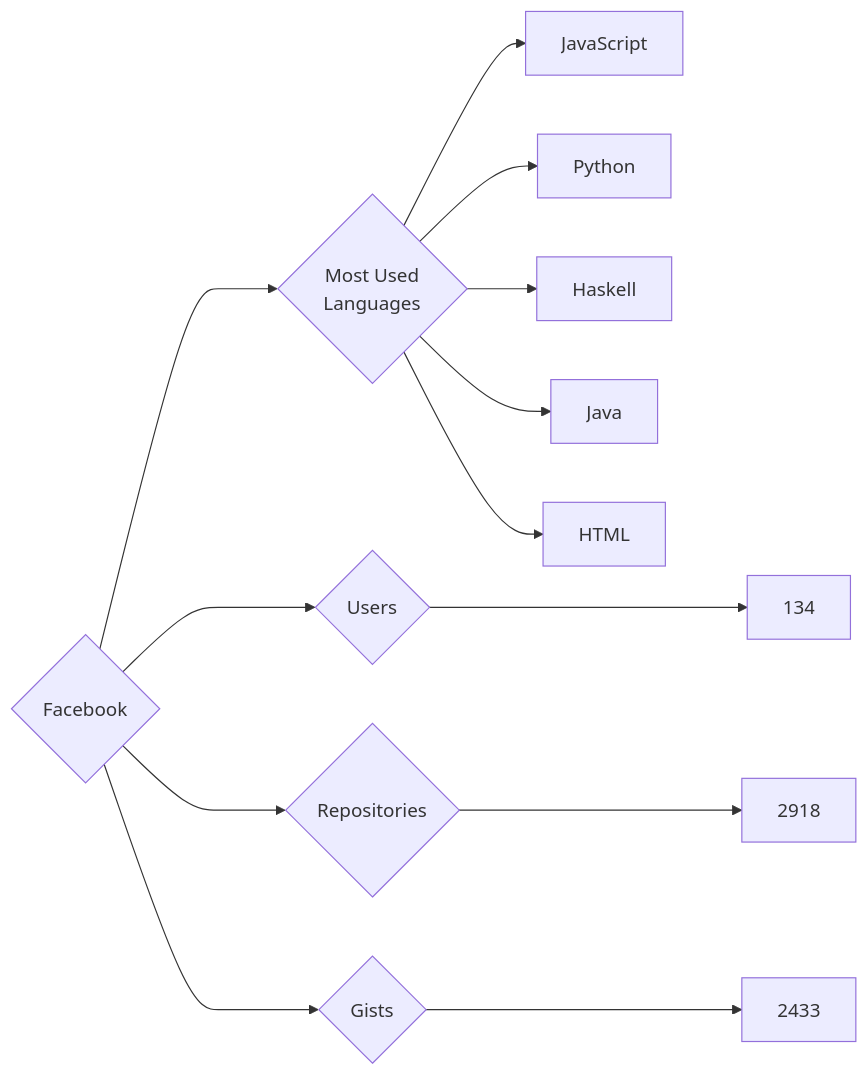
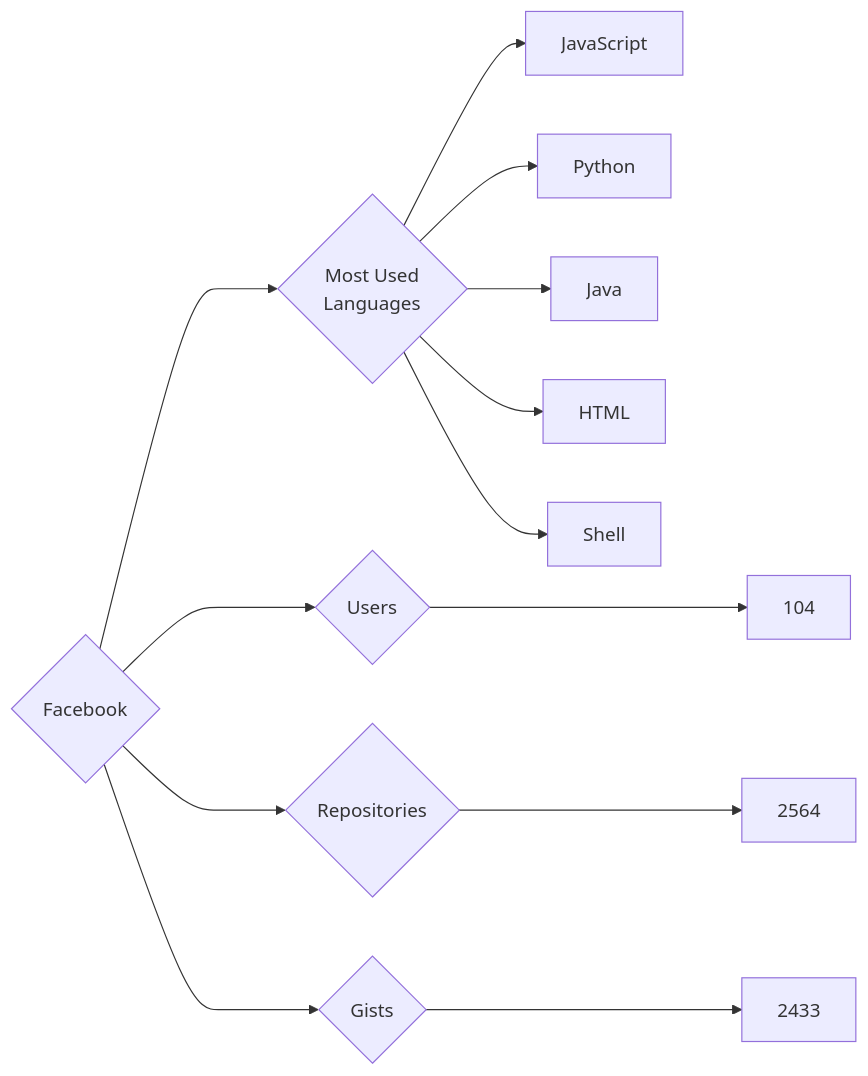
Before and after one commit to trickest/insiders: the diagram in targets/Facebook/README.md, drawn with Mermaid. The commit also changed 899 other files, not shown here.

````diff
--- a/targets/Facebook/README.md
+++ b/targets/Facebook/README.md
@@ -3,13 +3,13 @@
 ```mermaid
 graph LR
 COMPANY_NAME{Facebook}
-COMPANY_NAME ---> U{Users} ---> UN[134]
-COMPANY_NAME ---> R{Repositories} ---> RN[2918]
+COMPANY_NAME ---> U{Users} ---> UN[104]
+COMPANY_NAME ---> R{Repositories} ---> RN[2564]
 COMPANY_NAME ---> G{Gists} ---> GN[2433]
 COMPANY_NAME ---> ML{Most Used<br>Languages}
 ML --> JavaScript[JavaScript]
 ML --> Python[Python]
-ML --> Haskell[Haskell]
 ML --> Java[Java]
 ML --> HTML[HTML]
+ML --> Shell[Shell]
 ```
````
